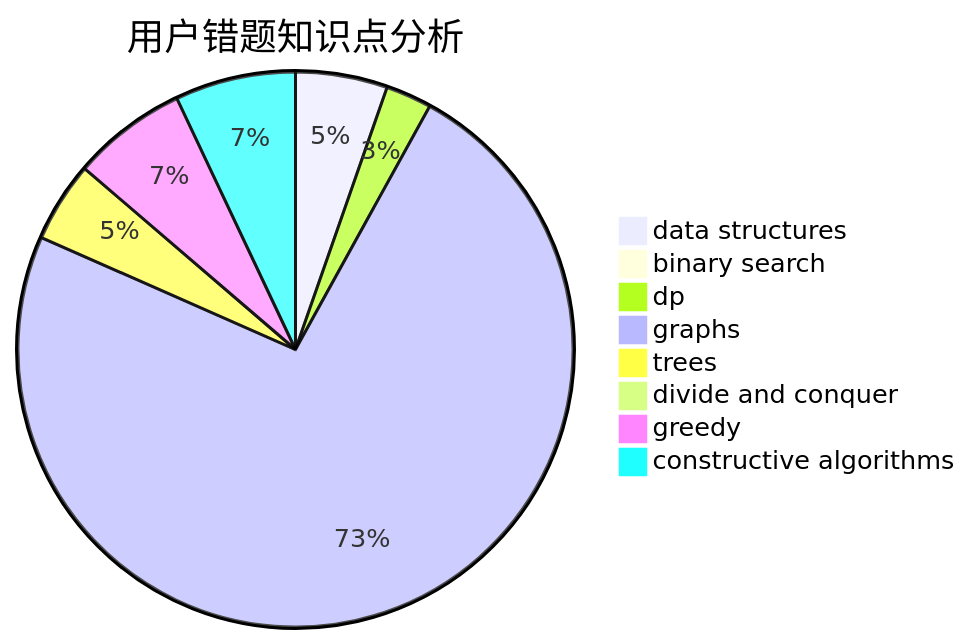
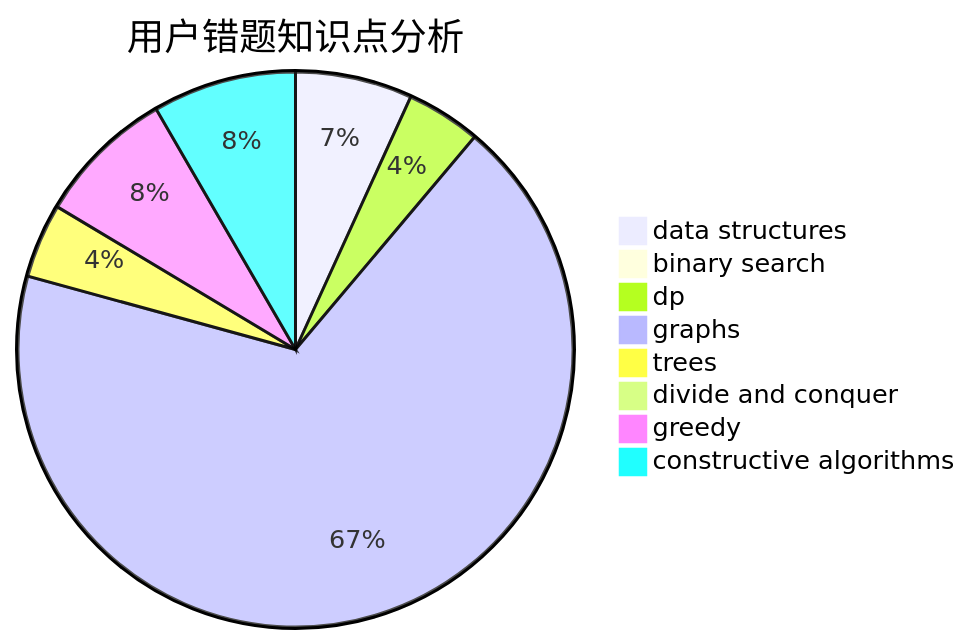
The third of 3 diagrams in docs/user/u709.md (sherpahu/cfrs.github.io), drawn with Mermaid before and after one commit. The commit also changed other lines of this file and 2770 other files, not shown here.

````diff
--- a/docs/user/u709.md
+++ b/docs/user/u709.md
@@ -36,11 +36,11 @@
 ```mermaid
 pie title 用户错题知识点分析
-    "data structures" :  16
+    "data structures" :  22
     "binary search" :  2
-    "dp" :  8
+    "dp" :  14
     "graphs" :  220
     "trees" :  14
-    "divide and conquer" :  1
-    "greedy" :  20
-    "constructive algorithms" :  21
+    "divide and conquer" :  2
+    "greedy" :  26
+    "constructive algorithms" :  27
 ```
````
